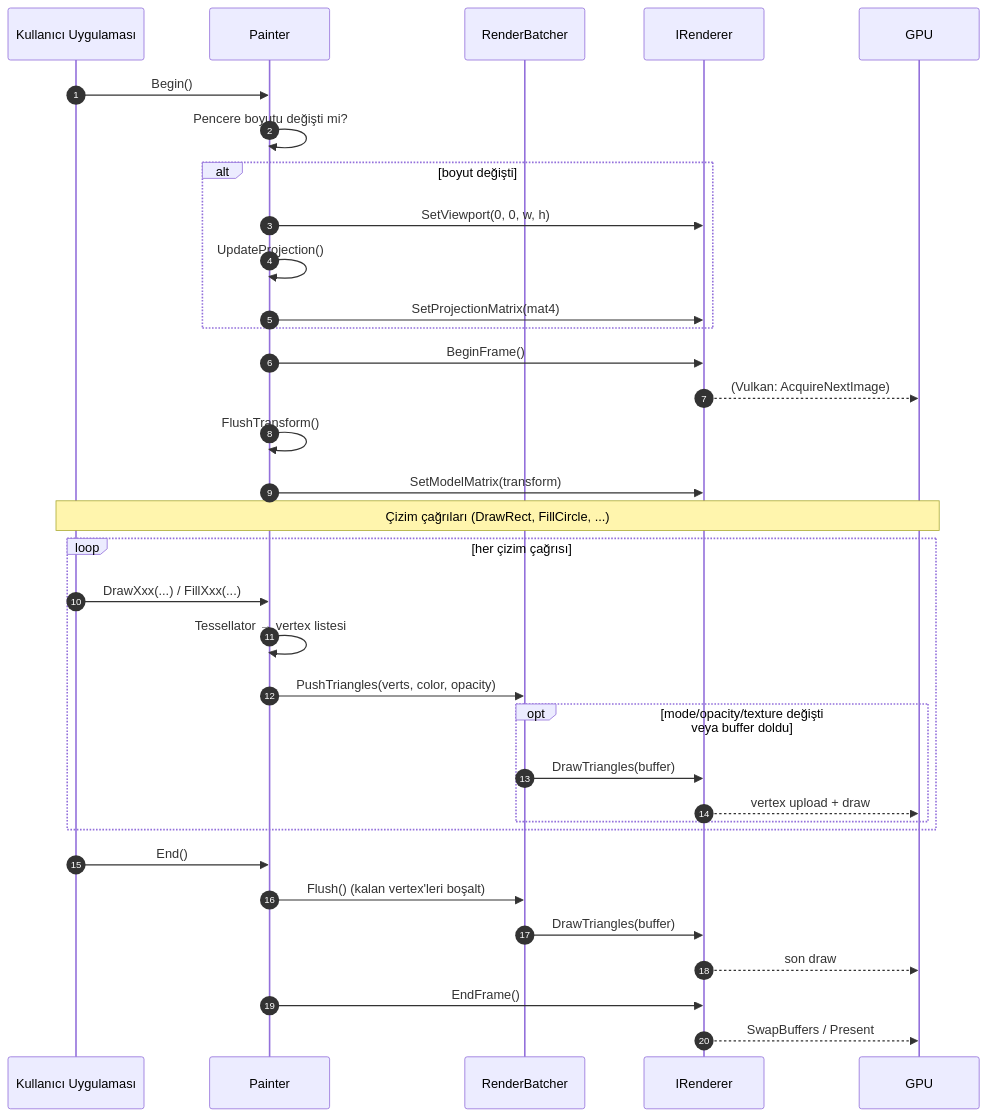
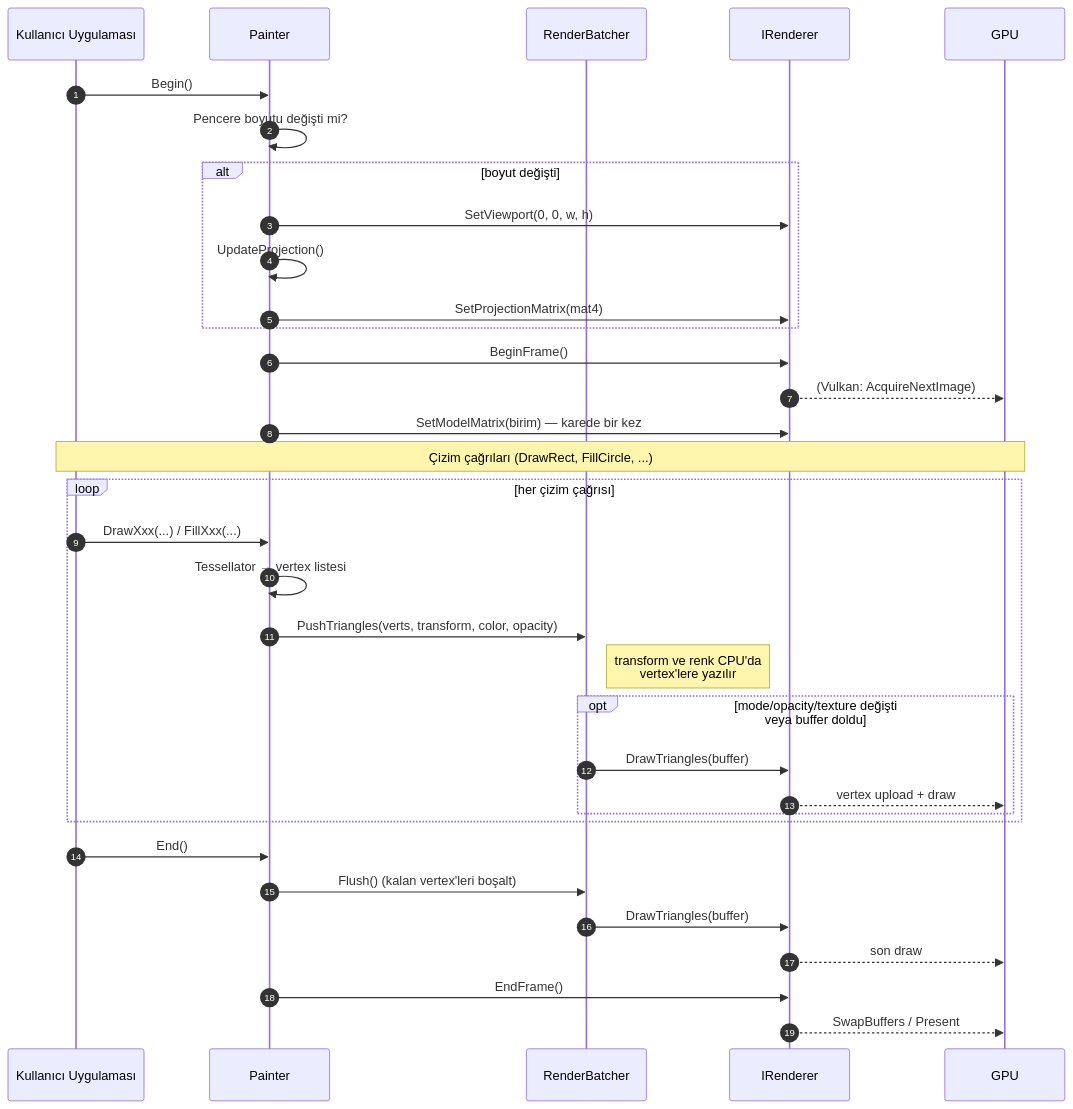
The first of 13 diagrams in doc/akislar.md (yazilimperver/sdl-painter), drawn with Mermaid before and after one commit. The commit also changed other lines of this file and 10 other files, not shown here.

````diff
--- a/doc/akislar.md
+++ b/doc/akislar.md
@@ -16,39 +16,39 @@
 ```mermaid
 sequenceDiagram
     autonumber
     participant App as Kullanıcı Uygulaması
     participant P as Painter
     participant B as RenderBatcher
     participant R as IRenderer
     participant GPU
 
     App->>P: Begin()
     P->>P: Pencere boyutu değişti mi?
     alt boyut değişti
         P->>R: SetViewport(0, 0, w, h)
         P->>P: UpdateProjection()
         P->>R: SetProjectionMatrix(mat4)
     end
     P->>R: BeginFrame()
     R-->>GPU: (Vulkan: AcquireNextImage)
-    P->>P: FlushTransform()
-    P->>R: SetModelMatrix(transform)
+    P->>R: SetModelMatrix(birim) — karede bir kez
 
     Note over App,GPU: Çizim çağrıları (DrawRect, FillCircle, ...)
     loop her çizim çağrısı
         App->>P: DrawXxx(...) / FillXxx(...)
         P->>P: Tessellator → vertex listesi
-        P->>B: PushTriangles(verts, color, opacity)
+        P->>B: PushTriangles(verts, transform, color, opacity)
+        Note right of B: transform ve renk CPU'da<br/>vertex'lere yazılır
         opt mode/opacity/texture değişti veya buffer doldu
             B->>R: DrawTriangles(buffer)
             R-->>GPU: vertex upload + draw
         end
     end
 
     App->>P: End()
     P->>B: Flush() (kalan vertex'leri boşalt)
     B->>R: DrawTriangles(buffer)
     R-->>GPU: son draw
     P->>R: EndFrame()
     R-->>GPU: SwapBuffers / Present
 ```
````
